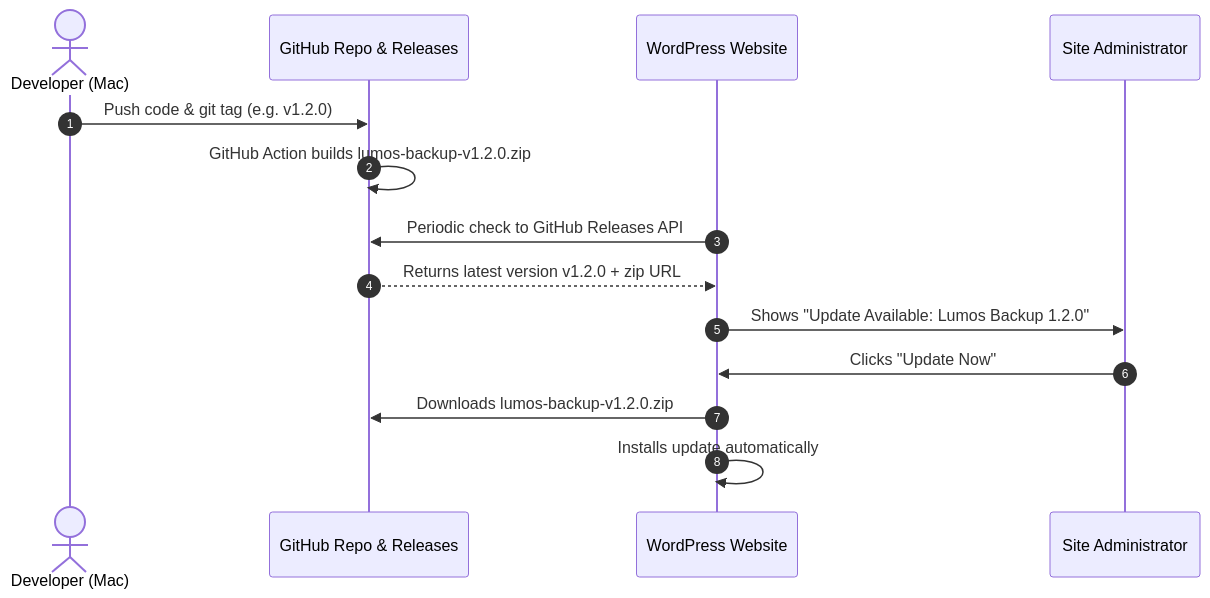
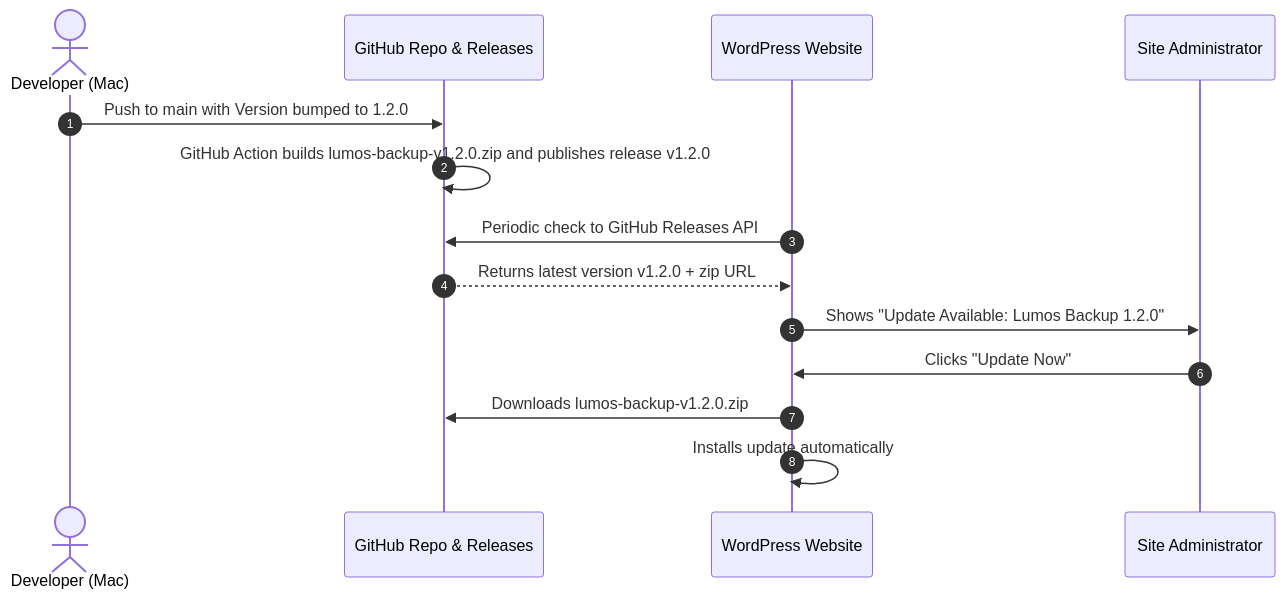
The diagram in README.md (centralbaku/lumos-backup), drawn with Mermaid before and after one commit. The commit also changed other lines of this file, not shown here.

Commit message:
Document push-to-main releases in README

````diff
--- a/README.md
+++ b/README.md
@@ -43,17 +45,17 @@
 ```mermaid
 sequenceDiagram
     autonumber
     actor Developer as Developer (Mac)
     participant GitHub as GitHub Repo & Releases
     participant WP as WordPress Website
     participant Admin as Site Administrator
 
-    Developer->>GitHub: Push code & git tag (e.g. v1.2.0)
-    GitHub->>GitHub: GitHub Action builds lumos-backup-v1.2.0.zip
+    Developer->>GitHub: Push to main with Version bumped to 1.2.0
+    GitHub->>GitHub: GitHub Action builds lumos-backup-v1.2.0.zip and publishes release v1.2.0
     WP->>GitHub: Periodic check to GitHub Releases API
     GitHub-->>WP: Returns latest version v1.2.0 + zip URL
     WP->>Admin: Shows "Update Available: Lumos Backup 1.2.0"
     Admin->>WP: Clicks "Update Now"
     WP->>GitHub: Downloads lumos-backup-v1.2.0.zip
     WP->>WP: Installs update automatically
 ```
````
